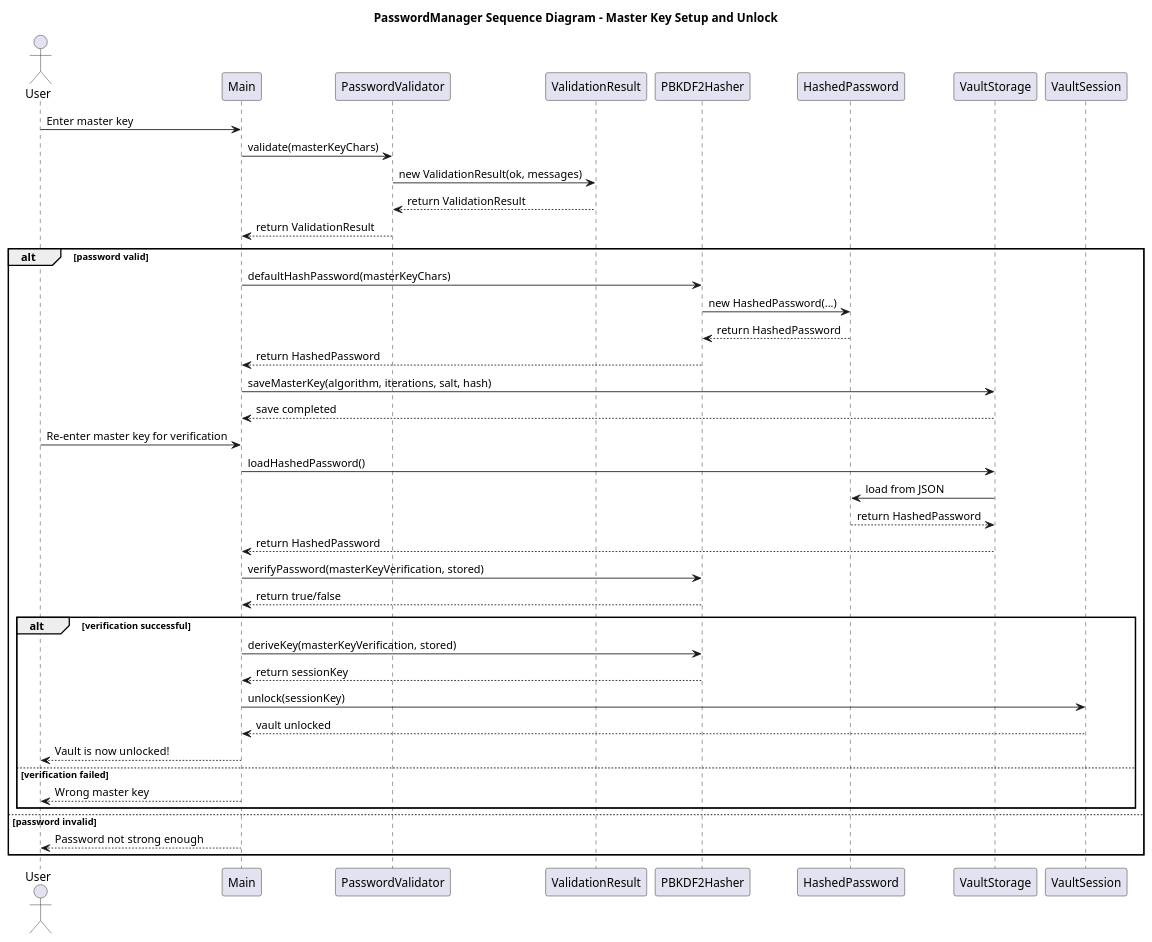
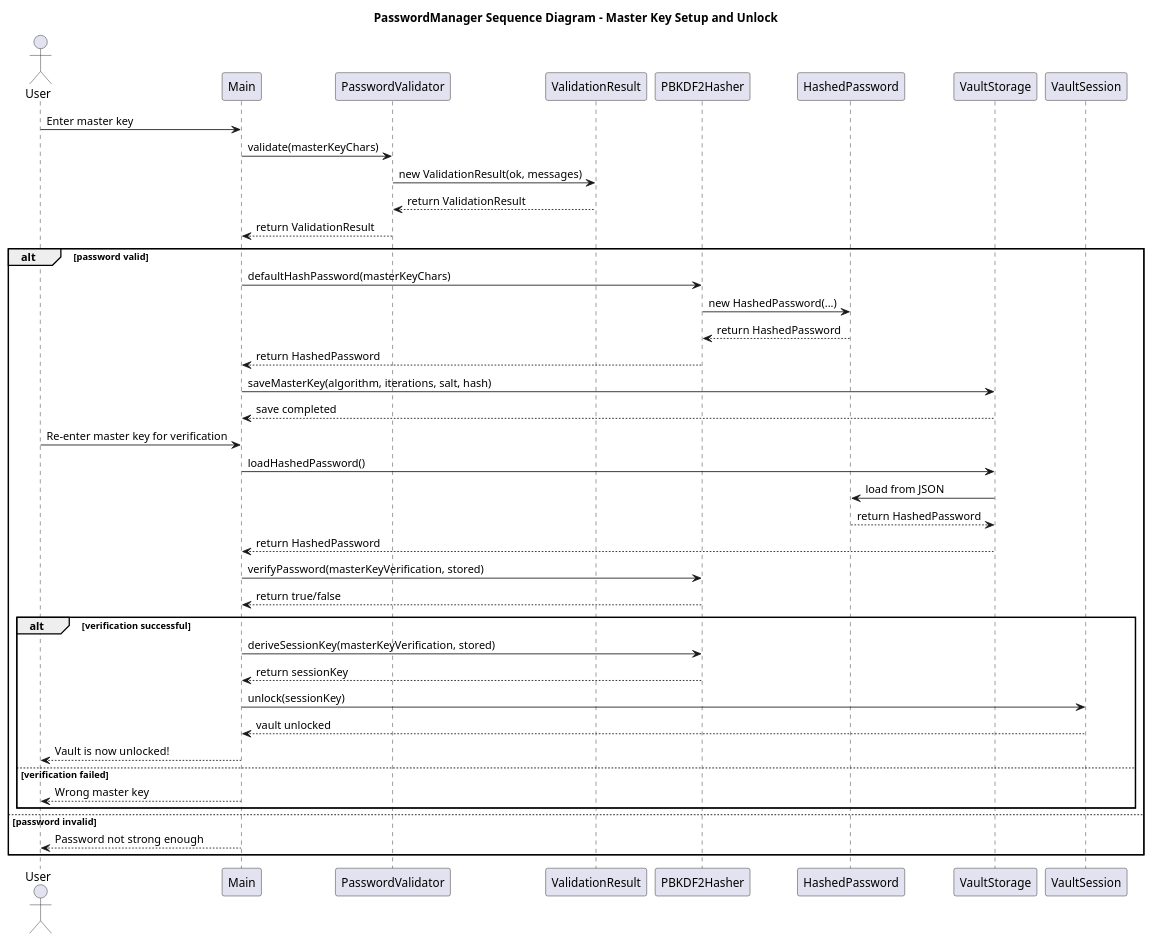
The diagram in documentation/UML diagrams/Sequence diagram.plantuml (Othmaneelmo/PasswordManager), drawn with PlantUML before and after one commit.

Commit message:
update sequence diagram

```diff
--- a/documentation/UML diagrams/Sequence diagram.plantuml
+++ b/documentation/UML diagrams/Sequence diagram.plantuml
@@ -1,51 +1,51 @@
 @startuml Sequence Diagram
 
 title PasswordManager Sequence Diagram - Master Key Setup and Unlock
 
 actor User
 participant Main
 participant PasswordValidator
 participant ValidationResult
 participant PBKDF2Hasher
 participant HashedPassword
 participant VaultStorage
 participant VaultSession
 
 User -> Main: Enter master key
 Main -> PasswordValidator: validate(masterKeyChars)
 PasswordValidator -> ValidationResult: new ValidationResult(ok, messages)
 ValidationResult --> PasswordValidator: return ValidationResult
 PasswordValidator --> Main: return ValidationResult
 
 alt password valid
     Main -> PBKDF2Hasher: defaultHashPassword(masterKeyChars)
     PBKDF2Hasher -> HashedPassword: new HashedPassword(...)
     HashedPassword --> PBKDF2Hasher: return HashedPassword
     PBKDF2Hasher --> Main: return HashedPassword
 
     Main -> VaultStorage: saveMasterKey(algorithm, iterations, salt, hash)
     VaultStorage --> Main: save completed
 
     User -> Main: Re-enter master key for verification
     Main -> VaultStorage: loadHashedPassword()
     VaultStorage -> HashedPassword: load from JSON
     HashedPassword --> VaultStorage: return HashedPassword
     VaultStorage --> Main: return HashedPassword
 
     Main -> PBKDF2Hasher: verifyPassword(masterKeyVerification, stored)
     PBKDF2Hasher --> Main: return true/false
 
     alt verification successful
-        Main -> PBKDF2Hasher: deriveKey(masterKeyVerification, stored)
+        Main -> PBKDF2Hasher: deriveSessionKey(masterKeyVerification, stored)
         PBKDF2Hasher --> Main: return sessionKey
         Main -> VaultSession: unlock(sessionKey)
         VaultSession --> Main: vault unlocked
         Main --> User: Vault is now unlocked!
     else verification failed
         Main --> User: Wrong master key
     end
 else password invalid
     Main --> User: Password not strong enough
 end
 
 @enduml
```
